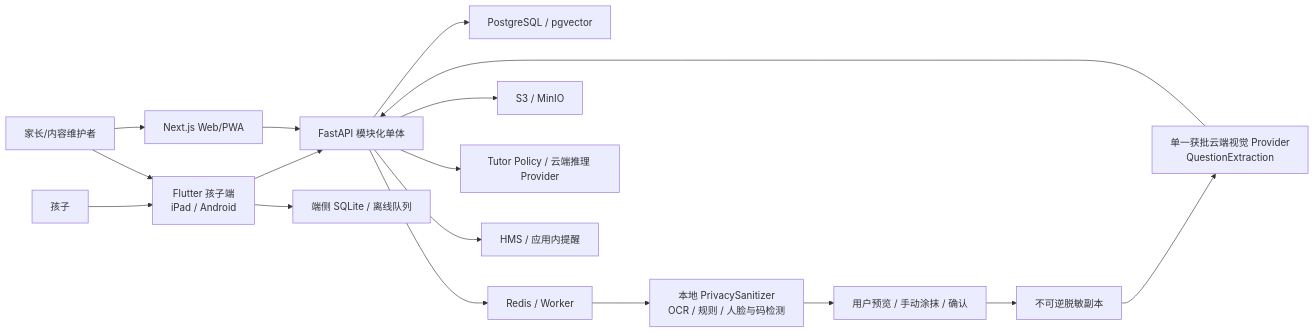
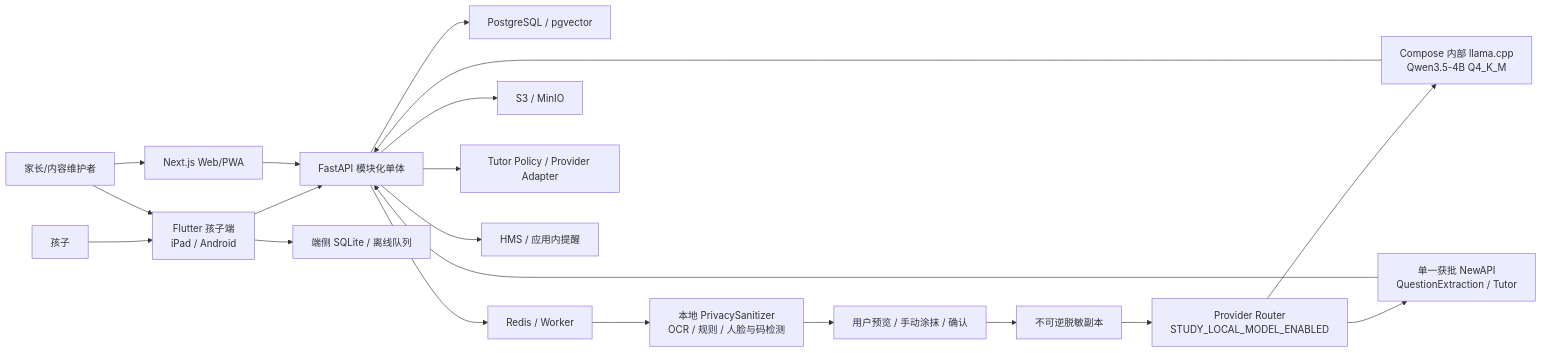
One commit to yubinhong/AIStudy changed the first of 2 diagrams in ARCHITECTURE.md. Above: the diagram before and after it, drawn with Mermaid. The commit also changed other lines of this file and 24 other files, not shown here.

Commit message:
feat(infra): deploy local Qwen model routing

````diff
--- a/ARCHITECTURE.md
+++ b/ARCHITECTURE.md
@@ -36,19 +36,22 @@
 ```mermaid
 flowchart LR
     C["孩子"] --> CA["Flutter 孩子端\niPad / Android"]
     P["家长/内容维护者"] --> W["Next.js Web/PWA"]
     P --> CA
     CA --> API["FastAPI 模块化单体"]
     W --> API
     API --> DB["PostgreSQL / pgvector"]
     API --> R["Redis / Worker"]
     API --> O["S3 / MinIO"]
     R --> PS["本地 PrivacySanitizer\nOCR / 规则 / 人脸与码检测"]
     PS --> UC["用户预览 / 手动涂抹 / 确认"]
     UC --> SD["不可逆脱敏副本"]
-    SD --> CV["单一获批云端视觉 Provider\nQuestionExtraction"]
+    SD --> ROUTER["Provider Router\nSTUDY_LOCAL_MODEL_ENABLED"]
+    ROUTER --> LOCAL["Compose 内部 llama.cpp\nQwen3.5-4B Q4_K_M"]
+    ROUTER --> CV["单一获批 NewAPI\nQuestionExtraction / Tutor"]
+    LOCAL --> API
     CV --> API
-    API --> T["Tutor Policy / 云端推理 Provider"]
+    API --> T["Tutor Policy / Provider Adapter"]
     API --> N["HMS / 应用内提醒"]
     CA --> SQ["端侧 SQLite / 离线队列"]
 ```
````
